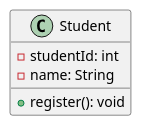
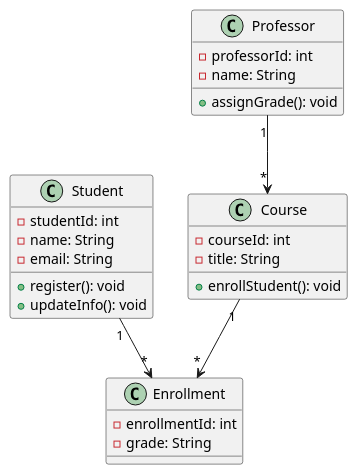
The diagram in uml/example.puml (zkakskdk/Algorithm24), drawn with PlantUML before and after one commit. The commit also changed other lines of this file, not shown here.

```diff
--- a/uml/example.puml
+++ b/uml/example.puml
@@ -1,7 +2,32 @@
-@startuml
+@startuml StudentDiagram
+
 class Student {
   - studentId: int
   - name: String
+  - email: String
   + register(): void
+  + updateInfo(): void
 }
+
+class Course {
+  - courseId: int
+  - title: String
+  + enrollStudent(): void
+}
+
+class Professor {
+  - professorId: int
+  - name: String
+  + assignGrade(): void
+}
+
+class Enrollment {
+  - enrollmentId: int
+  - grade: String
+}
+
+Student "1" --> "*" Enrollment
+Course "1" --> "*" Enrollment
+Professor "1" --> "*" Course
+
 @enduml
```
